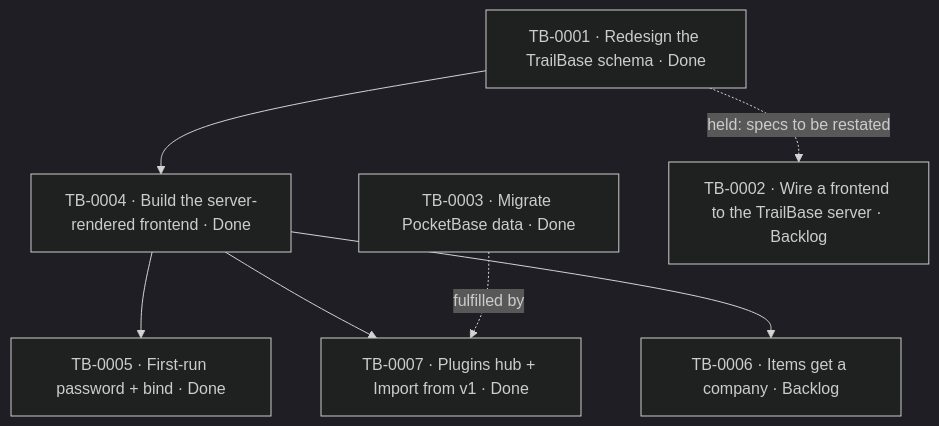
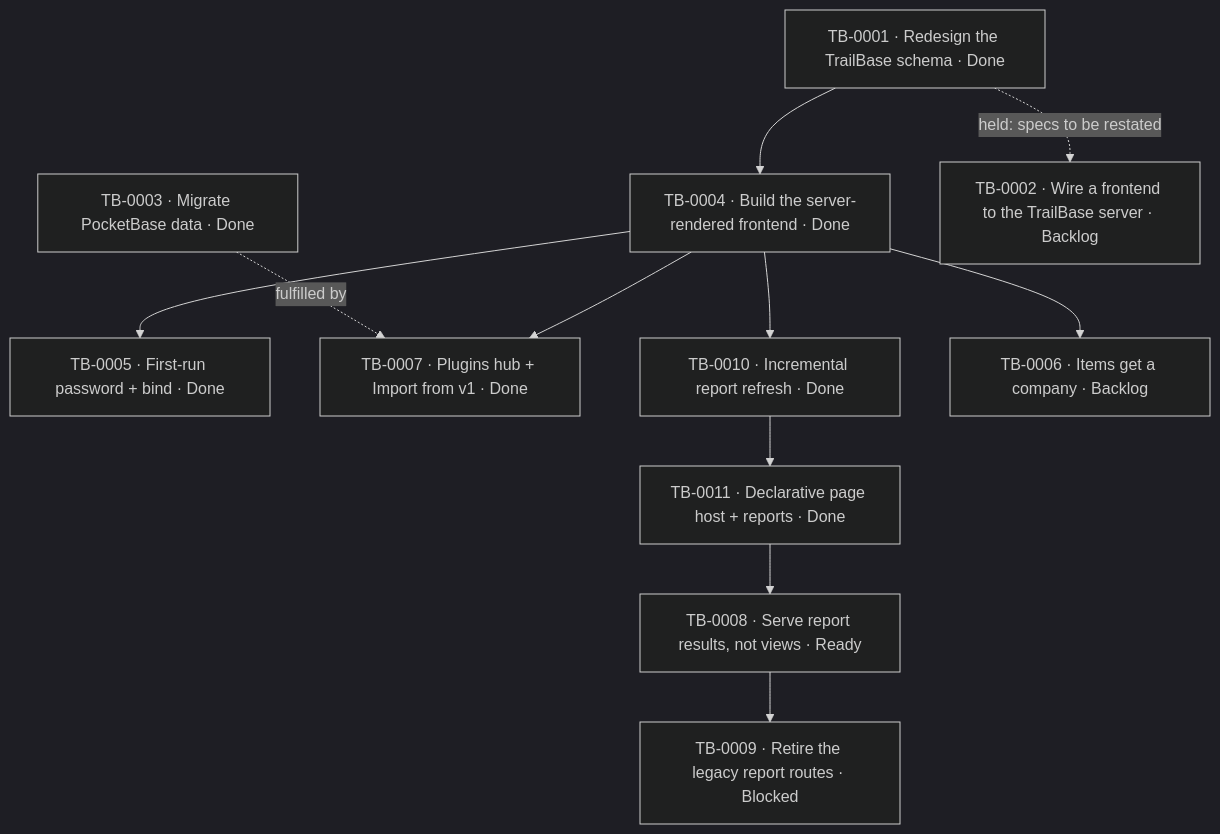
The second of 2 diagrams in vault/projects/trailbase-backend.md (abdulhakam/aa_point_of_sale), drawn with Mermaid (dark theme) before and after one commit. The commit also changed other lines of this file and 69 other files, not shown here.

````diff
--- a/vault/projects/trailbase-backend.md
+++ b/vault/projects/trailbase-backend.md
@@ -176,16 +203,24 @@
 ```mermaid
 flowchart TD
   T1["TB-0001 · Redesign the TrailBase schema · Done"]
   T4["TB-0004 · Build the server-rendered frontend · Done"]
   T5["TB-0005 · First-run password + bind · Done"]
   T3["TB-0003 · Migrate PocketBase data · Done"]
   T7["TB-0007 · Plugins hub + Import from v1 · Done"]
+  T10["TB-0010 · Incremental report refresh · Done"]
+  T11["TB-0011 · Declarative page host + reports · Done"]
+  T8["TB-0008 · Serve report results, not views · Ready"]
+  T9["TB-0009 · Retire the legacy report routes · Blocked"]
   T6["TB-0006 · Items get a company · Backlog"]
   T2["TB-0002 · Wire a frontend to the TrailBase server · Backlog"]
   T1 --> T4
   T4 --> T5
   T4 --> T7
+  T4 --> T10
+  T10 --> T11
+  T11 --> T8
+  T8 --> T9
   T4 --> T6
   T3 -.->|"fulfilled by"| T7
   T1 -.->|"held: specs to be restated"| T2
 ```
````
